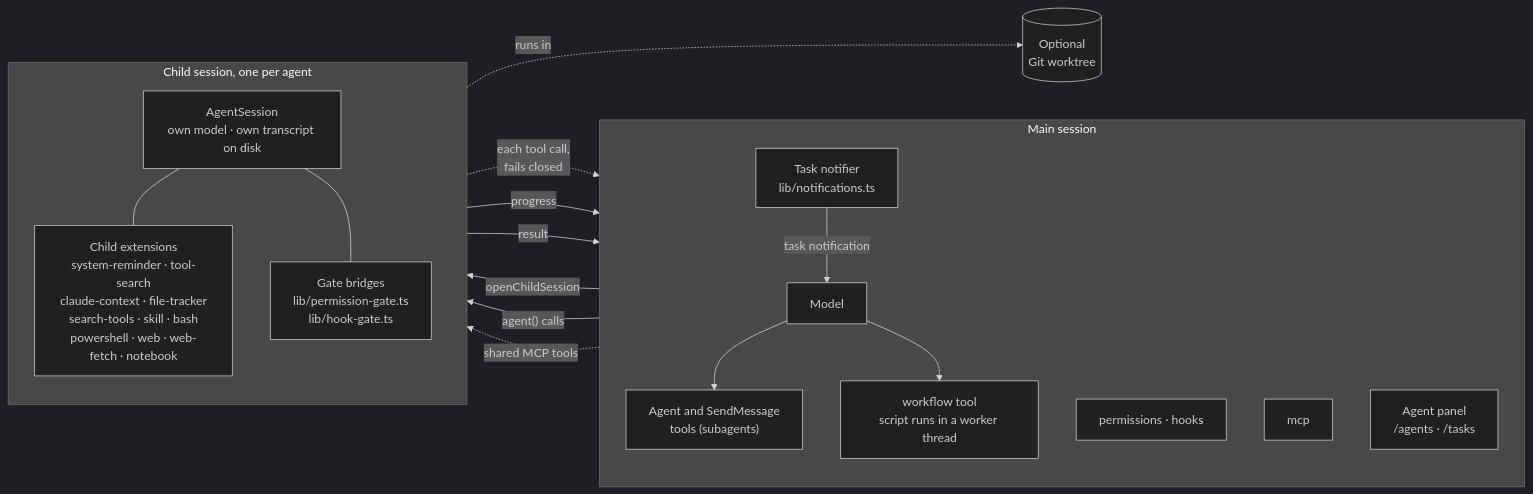
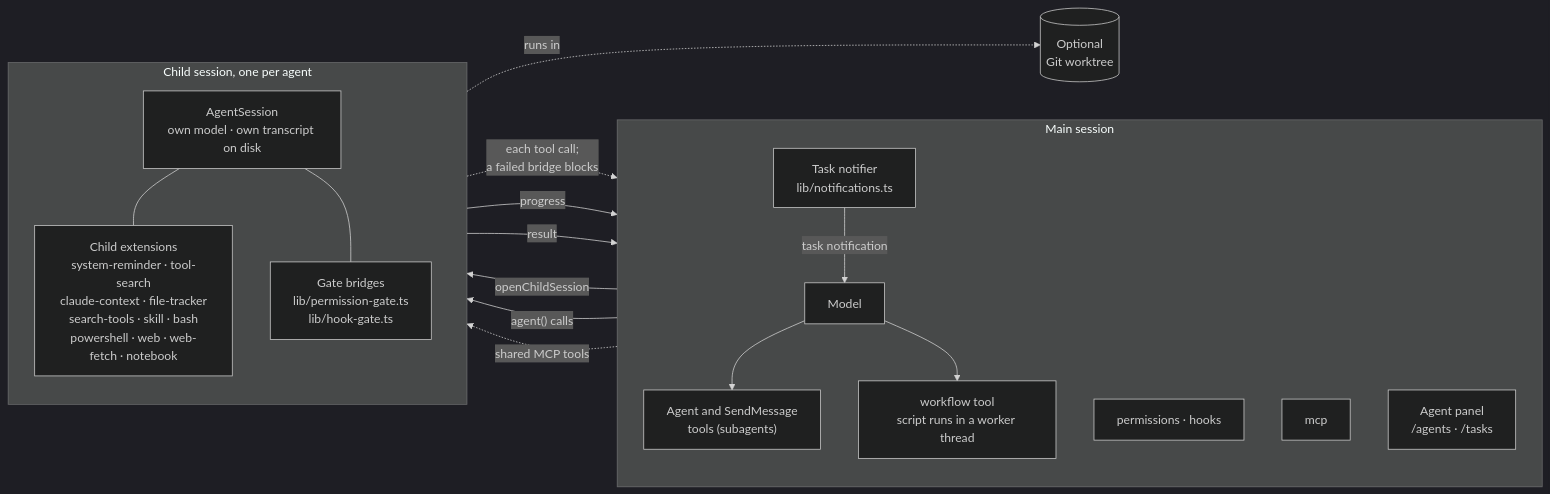
The sixth of 7 diagrams in docs/dev/architecture.md (IsuruMaduranga/one-code), drawn with Mermaid (dark theme) before and after one commit. The commit also changed 2 other files, not shown here.

Commit message:
Say what a child's permission gate does without a bridge, and keep the checkout path in later shells
A child with no parent bridge is judged locally (deny rules win, allow rules
allow, and anything that would ask is refused); only a bridge that fails to
resolve or answer blocks every call. The whole-package setup's PATH export
and the removal command both use ONE_CODE, so later shells repeat that line
too.

````diff
--- a/docs/dev/architecture.md
+++ b/docs/dev/architecture.md
@@ -297,35 +297,35 @@
 ```mermaid
 flowchart LR
     subgraph main["Main session"]
         direction TB
         model["Model"]
         agentTool["Agent and SendMessage<br/>tools (subagents)"]
         wfTool["workflow tool<br/>script runs in a worker thread"]
         gates["permissions · hooks"]
         mcpExt["mcp"]
         panel["Agent panel<br/>/agents · /tasks"]
         notifier["Task notifier<br/>lib/notifications.ts"]
     end
 
     subgraph child["Child session, one per agent"]
         direction TB
         childLoop["AgentSession<br/>own model · own transcript on disk"]
         childExt["Child extensions<br/>system-reminder · tool-search<br/>claude-context · file-tracker<br/>search-tools · skill · bash<br/>powershell · web · web-fetch · notebook"]
         childGate["Gate bridges<br/>lib/permission-gate.ts<br/>lib/hook-gate.ts"]
     end
 
     wtree[("Optional<br/>Git worktree")]
 
     model --> agentTool
     model --> wfTool
     agentTool -->|openChildSession| childLoop
     wfTool -->|"agent() calls"| childLoop
     mcpExt -.->|"shared MCP tools"| childLoop
     childLoop --- childExt
     childLoop --- childGate
-    childGate -.->|"each tool call,<br/>fails closed"| gates
+    childGate -.->|"each tool call;<br/>a failed bridge blocks"| gates
     childLoop -->|progress| panel
     childLoop -->|result| notifier
     notifier -->|"task notification"| model
     childLoop -.->|"runs in"| wtree
 ```
````
